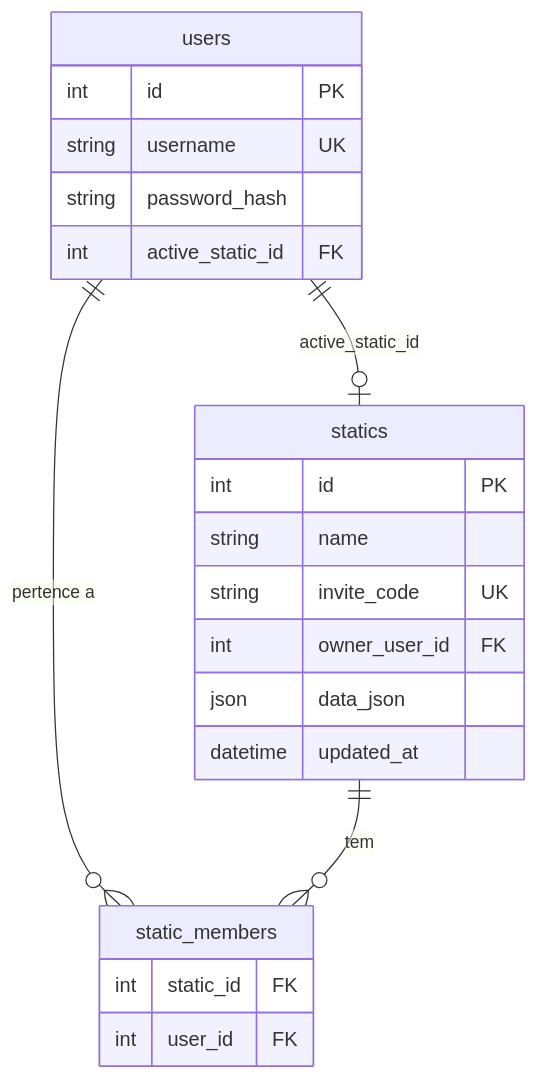
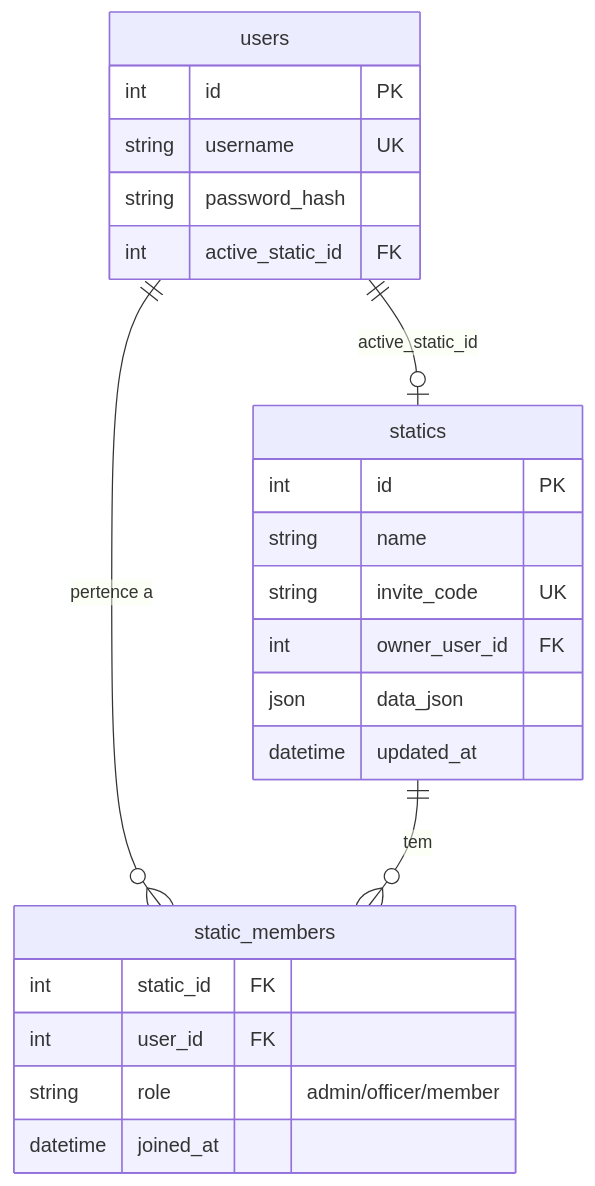
Before and after one commit to oscarothon/ffxiv-raid-planner: the second of 2 diagrams in README.md, drawn with Mermaid. The commit also changed other lines of this file and 1 other file, not shown here.

````diff
--- a/README.md
+++ b/README.md
@@ -378,25 +385,27 @@
 ```mermaid
 erDiagram
     users ||--o{ static_members : "pertence a"
     statics ||--o{ static_members : "tem"
     users ||--o| statics : "active_static_id"
 
     users {
         int id PK
         string username UK
         string password_hash
         int active_static_id FK
     }
     statics {
         int id PK
         string name
         string invite_code UK
         int owner_user_id FK
         json data_json
         datetime updated_at
     }
     static_members {
         int static_id FK
         int user_id FK
+        string role "admin/officer/member"
+        datetime joined_at
     }
 ```
````
